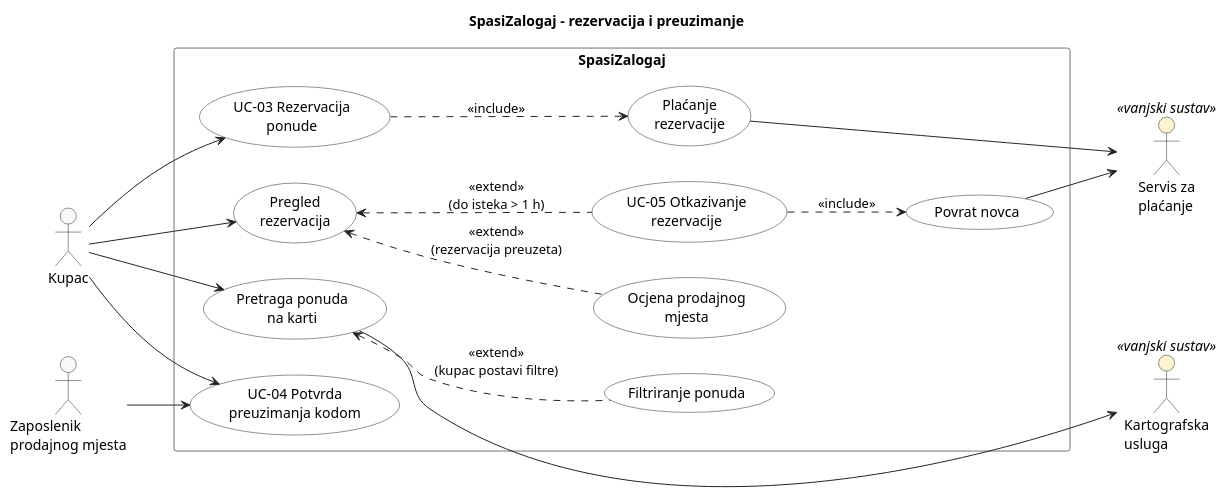
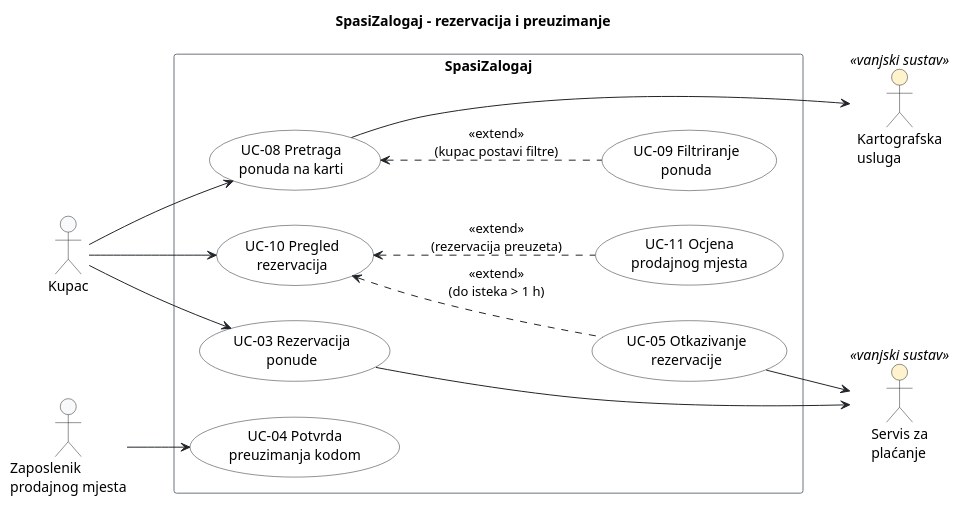
One commit to frenki1004/Menzory changed the diagram in docs/puml/3-2-spasizalogaj-reservation-UC.puml. Above: the diagram before and after it, drawn with PlantUML. The commit also changed other lines of this file and 7 other files, not shown here.

```diff
--- a/docs/puml/3-2-spasizalogaj-reservation-UC.puml
+++ b/docs/puml/3-2-spasizalogaj-reservation-UC.puml
@@ -15,70 +15,60 @@
 @startuml
 title SpasiZalogaj – rezervacija i preuzimanje
 left to right direction
 
 skinparam shadowing false
 skinparam defaultFontName Arial
 skinparam ArrowColor #212529
 
 skinparam actor {
     BackgroundColor #F8F9FA
     BorderColor #212529
     BackgroundColor<<vanjski sustav>> #FFF3CD
 }
 skinparam usecase {
     BackgroundColor #FFFFFF
     BorderColor #212529
 }
 skinparam rectangle {
     BorderColor #6C757D
 }
 
 actor "Kupac" as Kupac
 actor "Zaposlenik\nprodajnog mjesta" as Zaposlenik
 
-rectangle "SpasiZalogaj" {
-    ' Pretraga (UC-03, koraci 1–3)
-    usecase "Pretraga ponuda\nna karti" as UCPretraga
-    usecase "Filtriranje ponuda" as UCFilter
-
-    ' Rezervacija i plaćanje (UC-03, koraci 4–8)
+' Prazni redovi u nazivu ostavljaju mjesta na vrhu okvira da veza
+' UC-08 prema kartografskoj usluzi ne prelazi preko naslova i ruba.
+rectangle "SpasiZalogaj\n\n" {
+    usecase "UC-08 Pretraga\nponuda na karti" as UC08
+    usecase "UC-09 Filtriranje\nponuda" as UC09
     usecase "UC-03 Rezervacija\nponude" as UC03
-    usecase "Plaćanje\nrezervacije" as UCPlati
-
-    ' Nakon rezervacije
-    usecase "Pregled\nrezervacija" as UCPregled
+    usecase "UC-10 Pregled\nrezervacija" as UC10
     usecase "UC-05 Otkazivanje\nrezervacije" as UC05
-    usecase "Povrat novca" as UCPovrat
-    usecase "Ocjena prodajnog\nmjesta" as UCOcjena
-
+    usecase "UC-11 Ocjena\nprodajnog mjesta" as UC11
     usecase "UC-04 Potvrda\npreuzimanja kodom" as UC04
 }
 
 actor "Kartografska\nusluga" as Karta <<vanjski sustav>>
 actor "Servis za\nplaćanje" as Placanje <<vanjski sustav>>
 
 ' Pretraga
-Kupac --> UCPretraga
-UCPretraga <.. UCFilter : <<extend>>\n(kupac postavi filtre)
-UCPretraga --> Karta
+Kupac --> UC08
+UC08 <.. UC09 : <<extend>>\n(kupac postavi filtre)
+UC08 --> Karta
 
-' Rezervacija uvijek uključuje plaćanje
+' Rezervacija s plaćanjem
 Kupac --> UC03
-UC03 ..> UCPlati : <<include>>
-UCPlati --> Placanje
+UC03 --> Placanje
 
 ' Pregled rezervacija: otkazivanje ili ocjena
-Kupac --> UCPregled
-UCPregled <.. UC05 : <<extend>>\n(do isteka > 1 h)
-UCPregled <.. UCOcjena : <<extend>>\n(rezervacija preuzeta)
-UC05 ..> UCPovrat : <<include>>
-UCPovrat --> Placanje
+Kupac --> UC10
+UC10 <.. UC05 : <<extend>>\n(do isteka > 1 h)
+UC10 <.. UC11 : <<extend>>\n(rezervacija preuzeta)
+UC05 --> Placanje
 
-' Preuzimanje
-Kupac --> UC04
+' Preuzimanje: kod skenira zaposlenik; kupac ga samo pokazuje (dobio ga je u UC-03)
 Zaposlenik --> UC04
-
-' Poravnanje: kartografska usluga u desnom stupcu uz servis za plaćanje
-UCPovrat -[hidden]-> Karta
+' Poravnanje (skrivena veza samo određuje raspored): kartografska usluga desno
+UC09 -[hidden]-> Karta
 
 @enduml
```
